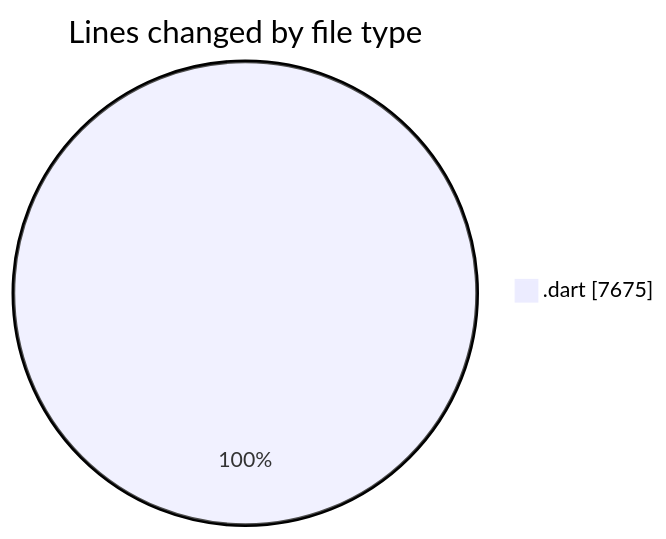
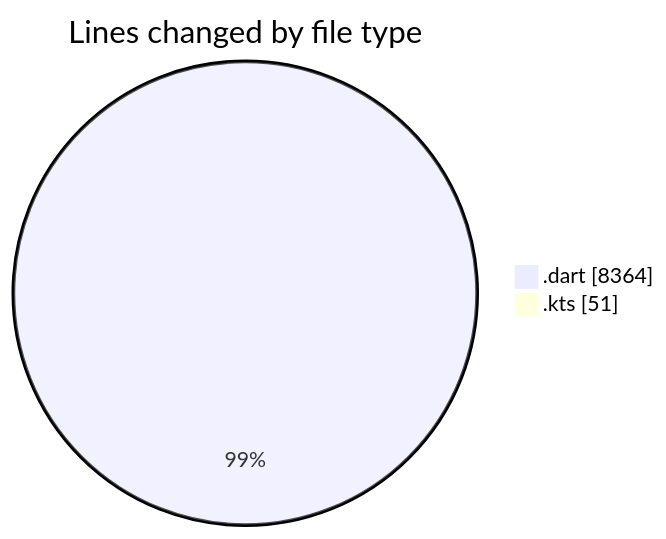
Before and after one commit to lephambinh05/code-tracking: the first of 2 diagrams in 2025-08-16/studybuddy/README.md, drawn with Mermaid. The commit also changed other lines of this file and 1 other file, not shown here.

````diff
--- a/2025-08-16/studybuddy/README.md
+++ b/2025-08-16/studybuddy/README.md
@@ -37,5 +41,6 @@
 ```mermaid
 pie showData
 title Lines changed by file type
-".dart" : 7675
+".dart" : 8364
+".kts" : 51
 ```
````
